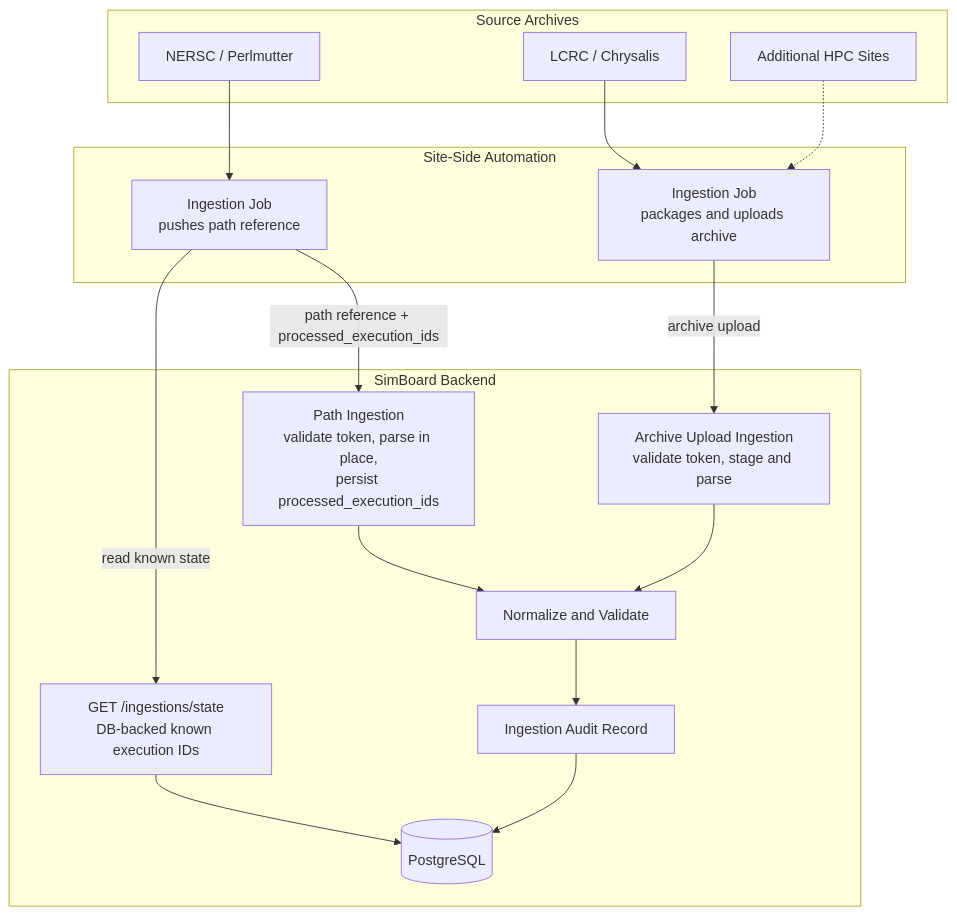
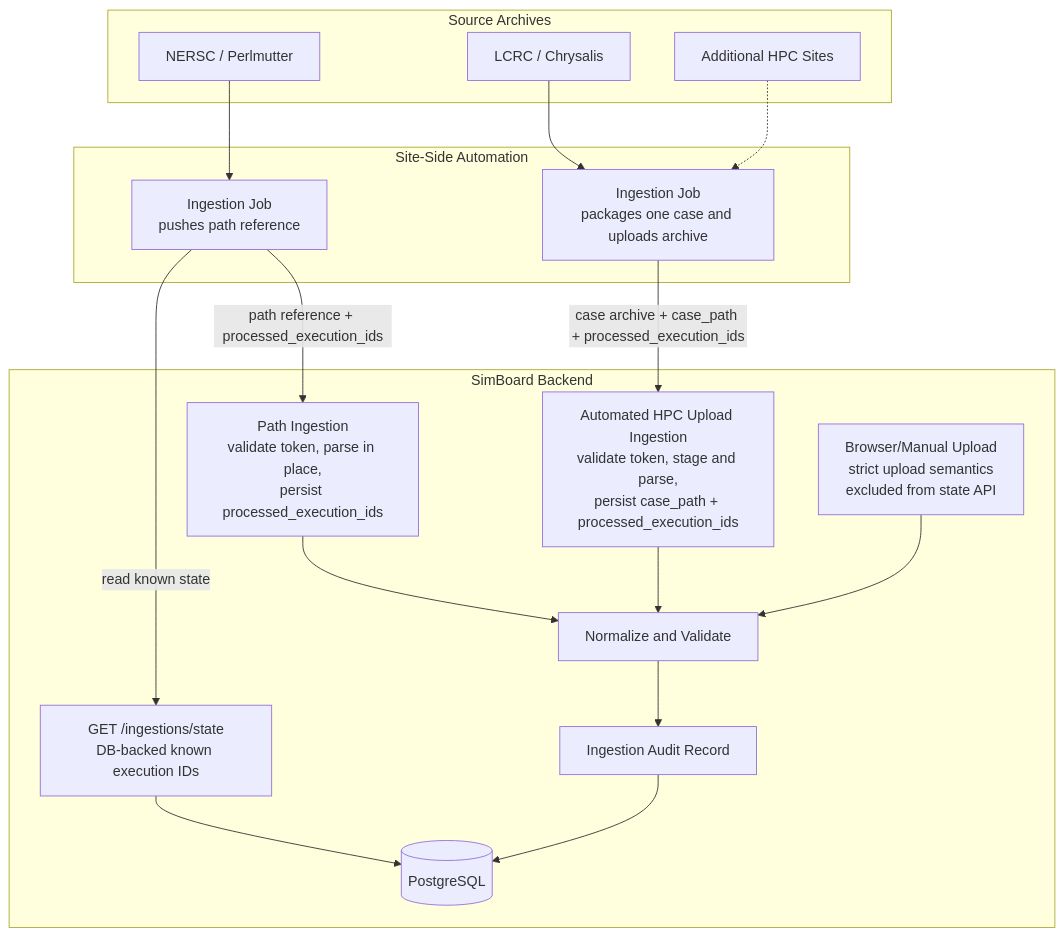
The second of 2 diagrams in docs/developer/README.md (E3SM-Project/simboard), drawn with Mermaid before and after one commit. The commit also changed other lines of this file and 9 other files, not shown here.

Commit message:
Add stateful HPC upload ingestion

````diff
--- a/docs/developer/README.md
+++ b/docs/developer/README.md
@@ -210,34 +219,36 @@
 ```mermaid
 flowchart TD
   subgraph SOURCES["Source Archives"]
     NERSC_SRC["NERSC / Perlmutter"]
     LCRC_SRC["LCRC / Chrysalis"]
     ADDL_SRC["Additional HPC Sites"]
   end
 
   subgraph AUTOMATION["Site-Side Automation"]
     NERSC_WRAP["Ingestion Job\npushes path reference"]
-    UPLOAD_WRAP["Ingestion Job\npackages and uploads archive"]
+    UPLOAD_WRAP["Ingestion Job\npackages one case and uploads archive"]
   end
 
   subgraph BACKEND["SimBoard Backend"]
     STATE["GET /ingestions/state\nDB-backed known execution IDs"]
     PATH["Path Ingestion\nvalidate token, parse in place,\npersist processed_execution_ids"]
-    UPLOAD["Archive Upload Ingestion\nvalidate token, stage and parse"]
+    UPLOAD["Automated HPC Upload Ingestion\nvalidate token, stage and parse,\npersist case_path + processed_execution_ids"]
+    MANUAL["Browser/Manual Upload\nstrict upload semantics\nexcluded from state API"]
     NORMALIZE["Normalize and Validate"]
     AUDIT["Ingestion Audit Record"]
     DB[("PostgreSQL")]
   end
 
   NERSC_SRC --> NERSC_WRAP
   NERSC_WRAP -->|"read known state"| STATE
   NERSC_WRAP -->|"path reference + processed_execution_ids"| PATH
   LCRC_SRC --> UPLOAD_WRAP
   ADDL_SRC -.-> UPLOAD_WRAP
-  UPLOAD_WRAP -->|"archive upload"| UPLOAD
+  UPLOAD_WRAP -->|"case archive + case_path + processed_execution_ids"| UPLOAD
 
   STATE --> DB
   PATH --> NORMALIZE
   UPLOAD --> NORMALIZE
+  MANUAL --> NORMALIZE
   NORMALIZE --> AUDIT --> DB
 ```
````
